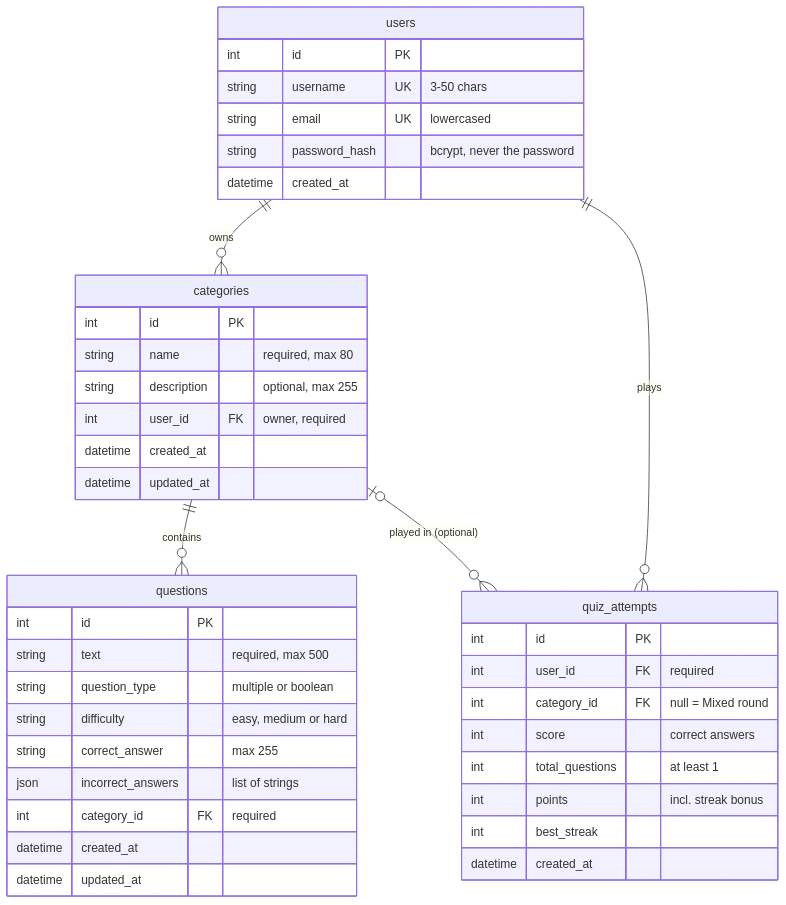
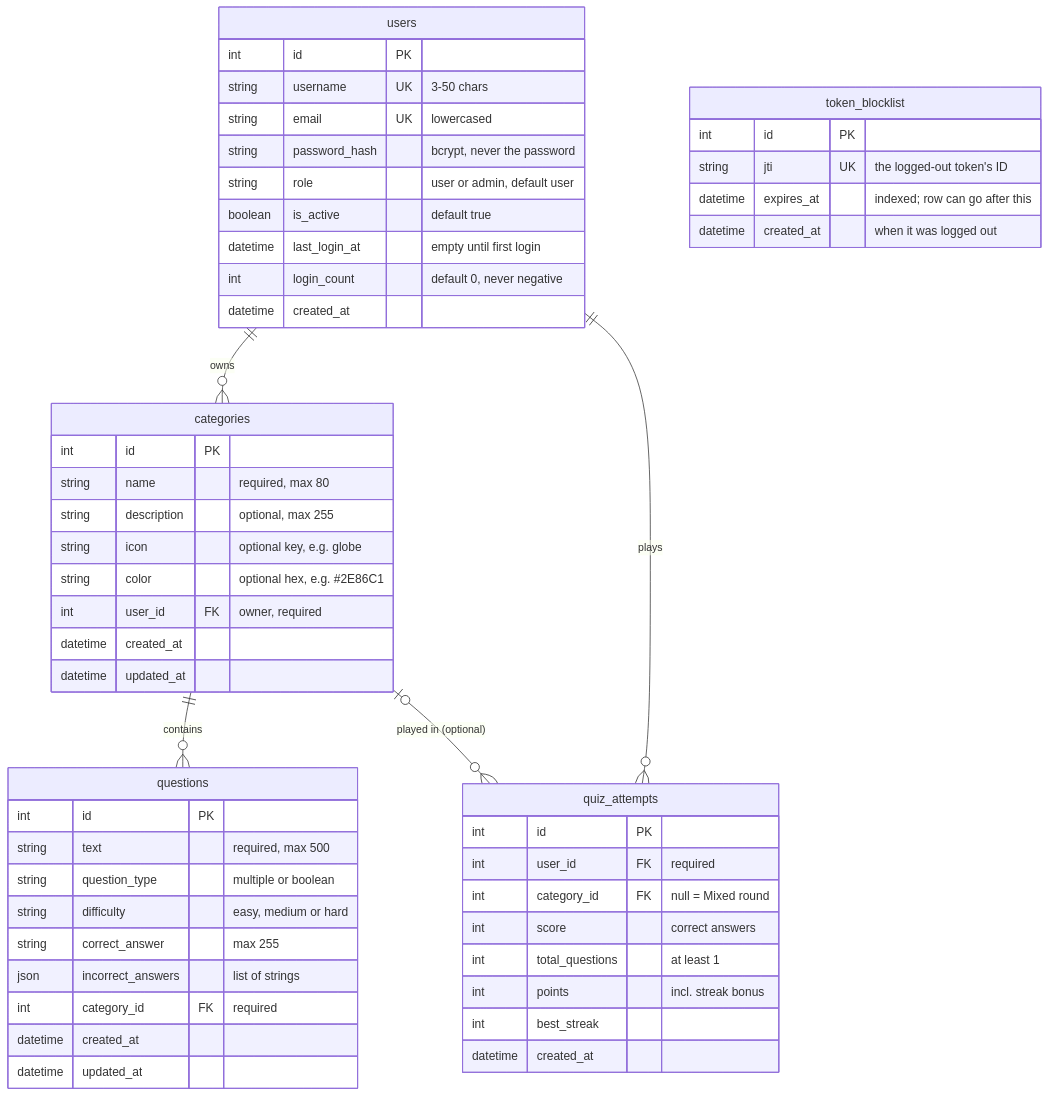
Before and after one commit to Eddie-Njeru1/CAPSTONE-Mod6-General-Trivia-App: the first of 2 diagrams in server/DATABASE.md, drawn with Mermaid. The commit also changed other lines of this file, not shown here.

Commit message:
docs: DATABASE.md for Phase 3 (roles, icons, token blocklist, offline pack, sync queue, leaderboard)

````diff
--- a/server/DATABASE.md
+++ b/server/DATABASE.md
@@ -11,44 +22,56 @@
 ```mermaid
 erDiagram
     users ||--o{ categories : "owns"
     users ||--o{ quiz_attempts : "plays"
     categories ||--o{ questions : "contains"
     categories |o--o{ quiz_attempts : "played in (optional)"
 
     users {
         int id PK
         string username UK "3-50 chars"
         string email UK "lowercased"
         string password_hash "bcrypt, never the password"
+        string role "user or admin, default user"
+        boolean is_active "default true"
+        datetime last_login_at "empty until first login"
+        int login_count "default 0, never negative"
         datetime created_at
     }
     categories {
         int id PK
         string name "required, max 80"
         string description "optional, max 255"
+        string icon "optional key, e.g. globe"
+        string color "optional hex, e.g. #2E86C1"
         int user_id FK "owner, required"
         datetime created_at
         datetime updated_at
     }
     questions {
         int id PK
         string text "required, max 500"
         string question_type "multiple or boolean"
         string difficulty "easy, medium or hard"
         string correct_answer "max 255"
         json incorrect_answers "list of strings"
         int category_id FK "required"
         datetime created_at
         datetime updated_at
     }
     quiz_attempts {
         int id PK
         int user_id FK "required"
         int category_id FK "null = Mixed round"
         int score "correct answers"
         int total_questions "at least 1"
         int points "incl. streak bonus"
         int best_streak
         datetime created_at
     }
+    token_blocklist {
+        int id PK
+        string jti UK "the logged-out token's ID"
+        datetime expires_at "indexed; row can go after this"
+        datetime created_at "when it was logged out"
+    }
 ```
````
